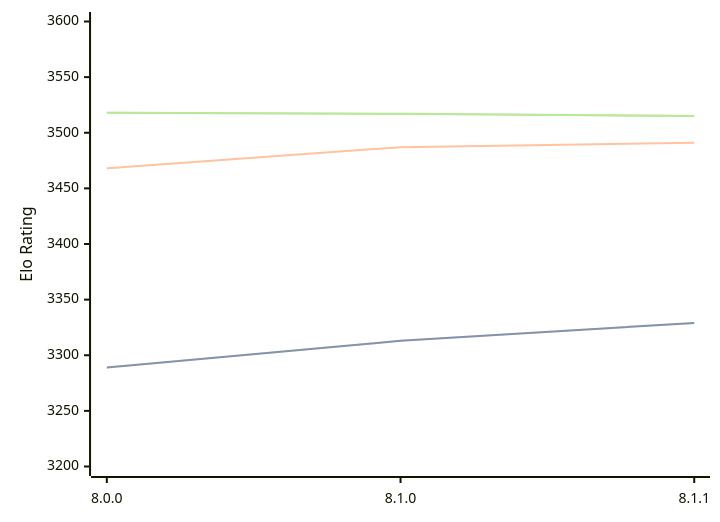
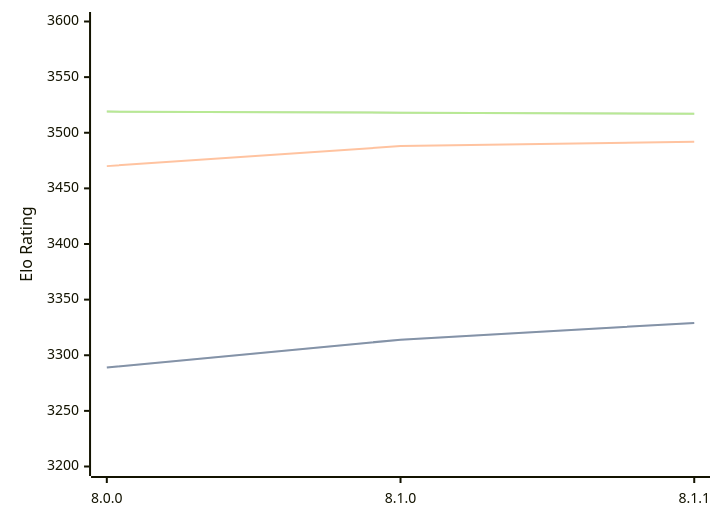
One commit to computer-chess-index/cci changed the diagram in engines/Velvet.md. Above: the diagram before and after it, drawn with Mermaid. The commit also changed other lines of this file, not shown here.

Commit message:
Update CCI Ratings (ELO VLTC) - 2026-05-12

````diff
--- a/engines/Velvet.md
+++ b/engines/Velvet.md
@@ -57,11 +57,11 @@
 ```mermaid
 %%{init: {"theme":"base","themeVariables":{"seriesColors:['#a3a3a3','#222221','#faa371']}}}%%
 xychart-beta
   x-axis ["8.0.0", "8.1.0", "8.1.1"]
   y-axis "Elo Rating" 3200 --> 3600
-  line "STC (8.0+0.08s)" [3289, 3313, 3329]
-  line "STC (8.0+0.08s)" [3289, 3313, 3329]
-  line "LTC (60.0+0.60s)" [3468, 3487, 3491]
-  line "VLTC (2m24s+1.12s)" [3518, 3517, 3515]
-  line "VLTC (2m24s+1.12s)" [3518, 3517, 3515]
+  line "STC (8.0+0.08s)" [3289, 3314, 3329]
+  line "STC (8.0+0.08s)" [3289, 3314, 3329]
+  line "LTC (60.0+0.60s)" [3470, 3488, 3492]
+  line "VLTC (2m24s+1.12s)" [3519, 3518, 3517]
+  line "VLTC (2m24s+1.12s)" [3519, 3518, 3517]
 ```
````
